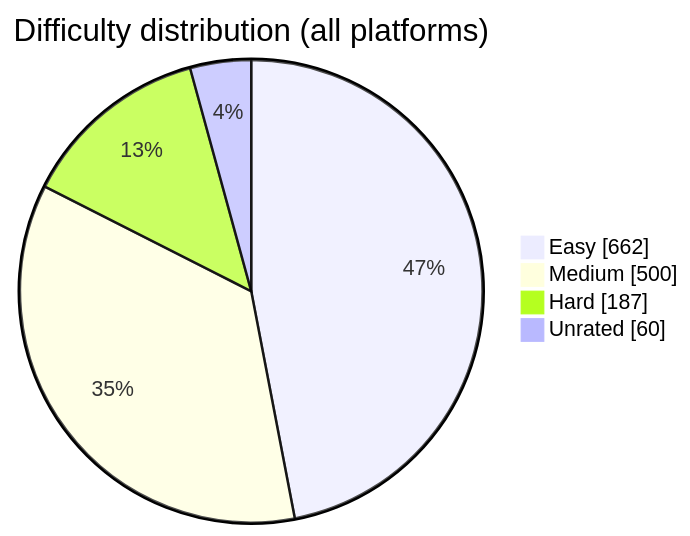
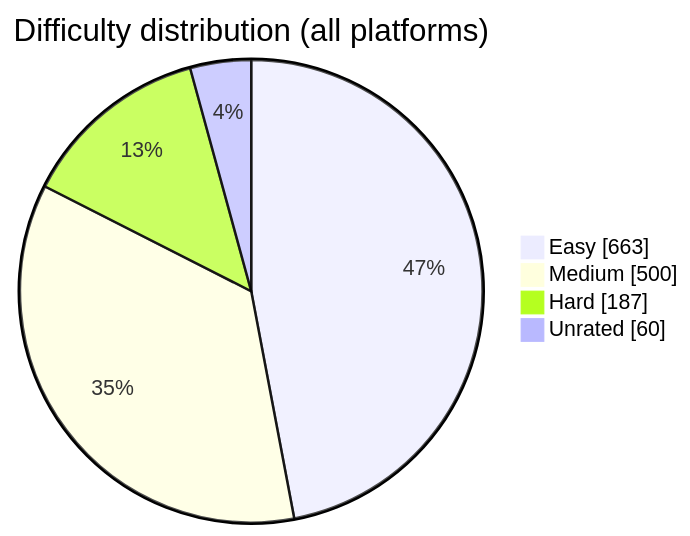
Before and after one commit to BuildbyArindam/Daily-Coding-Log: the diagram in README.md, drawn with Mermaid. The commit also changed other lines of this file, not shown here.

````diff
--- a/README.md
+++ b/README.md
@@ -93,7 +93,7 @@
 ```mermaid
 pie showData title Difficulty distribution (all platforms)
-    "Easy" : 662
+    "Easy" : 663
     "Medium" : 500
     "Hard" : 187
     "Unrated" : 60
 ```
````
